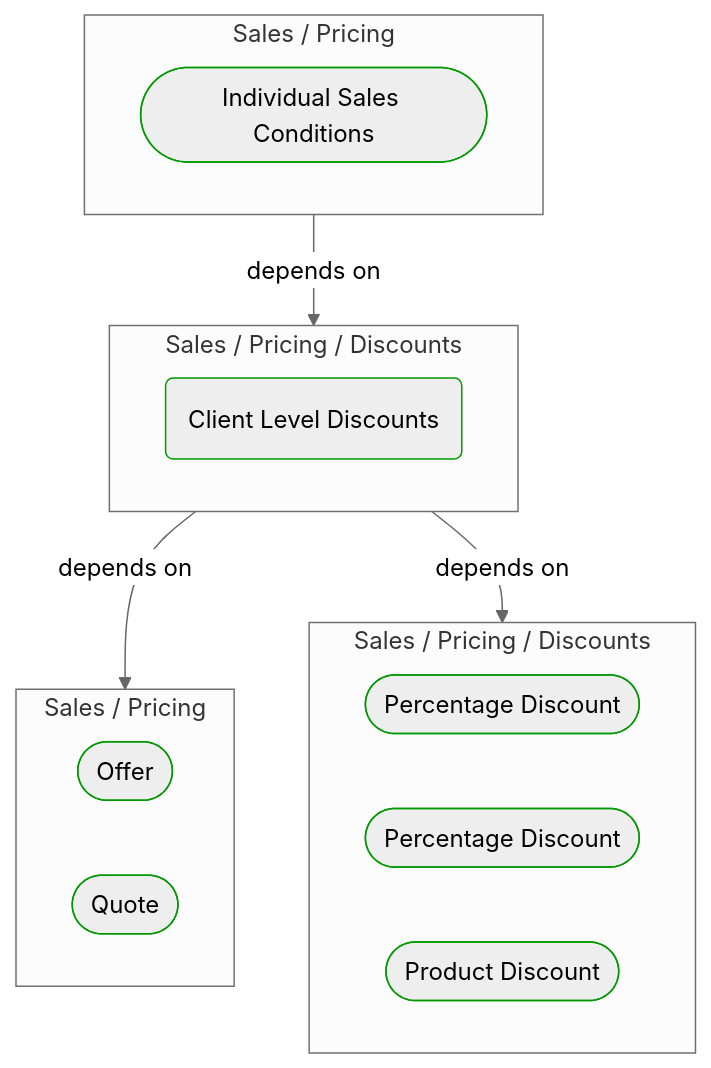
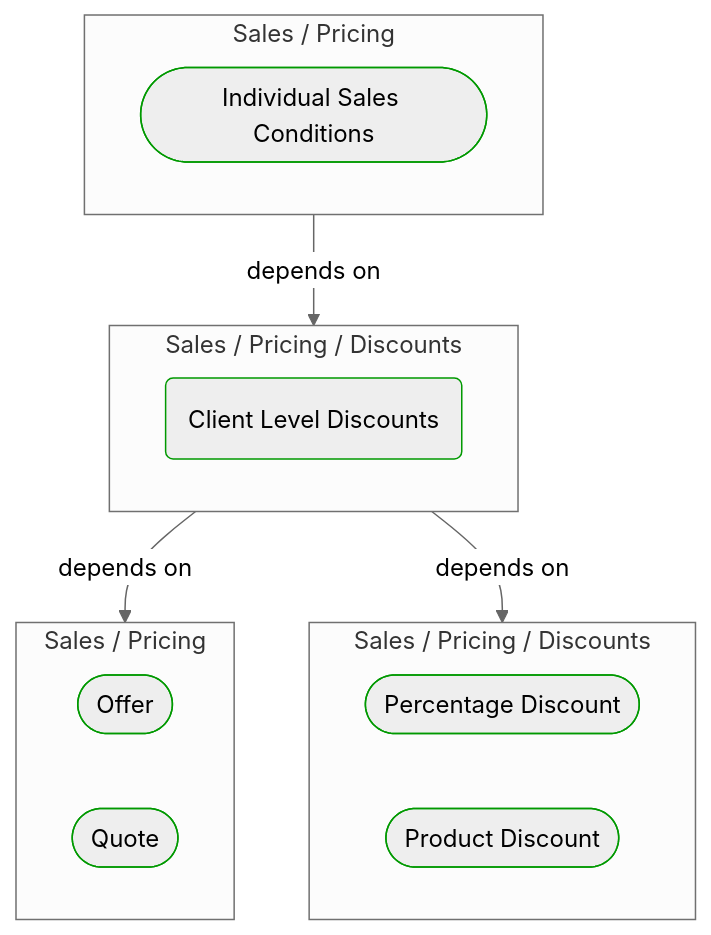
Before and after one commit to itlibrium/DDD-starter-dotnet: the diagram in Docs/P3/MermaidOutput/Domain/Concepts/Sales/Pricing/Discounts/ClientLevelDiscounts.md, drawn with Mermaid (neutral theme). The commit also changed other lines of this file and 102 other files, not shown here.

````diff
--- a/Docs/P3/MermaidOutput/Domain/Concepts/Sales/Pricing/Discounts/ClientLevelDiscounts.md
+++ b/Docs/P3/MermaidOutput/Domain/Concepts/Sales/Pricing/Discounts/ClientLevelDiscounts.md
@@ -20,31 +20,29 @@
 ```mermaid
   flowchart TB
     subgraph 0["Sales / Pricing"]
       1([Individual Sales Conditions])
       class 1 DomainPerspective
     end
     subgraph 2["Sales / Pricing / Discounts"]
       3(Client Level Discounts)
       class 3 DomainPerspective
     end
     subgraph 4["Sales / Pricing"]
       5([Offer])
       class 5 DomainPerspective
       6([Quote])
       class 6 DomainPerspective
     end
     subgraph 7["Sales / Pricing / Discounts"]
       8([Percentage Discount])
       class 8 DomainPerspective
-      9([Percentage Discount])
+      9([Product Discount])
       class 9 DomainPerspective
-      10([Product Discount])
-      class 10 DomainPerspective
     end
     0-->|depends on|2
     2-->|depends on|4
     2-->|depends on|7
     classDef DomainPerspective stroke:#009900
     classDef TechnologyPerspective stroke:#1F41EB
     classDef PeoplePerspective stroke:#FFF014
 ```
````
